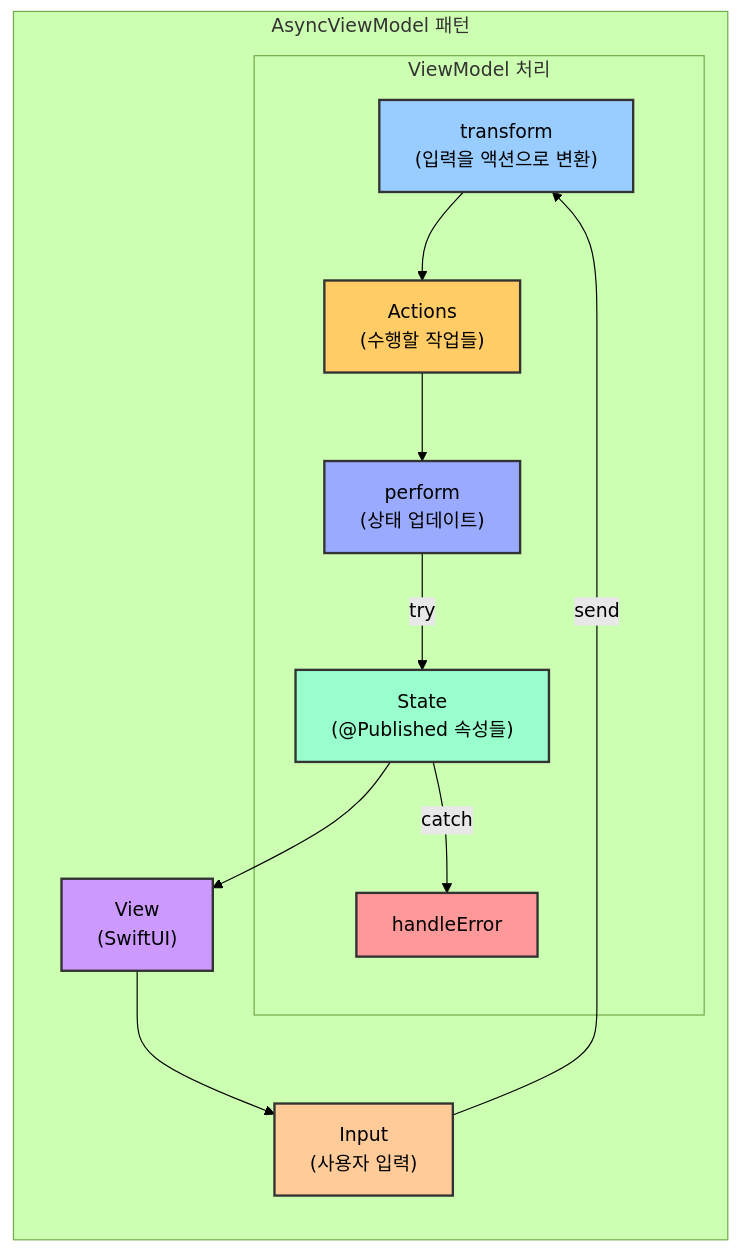
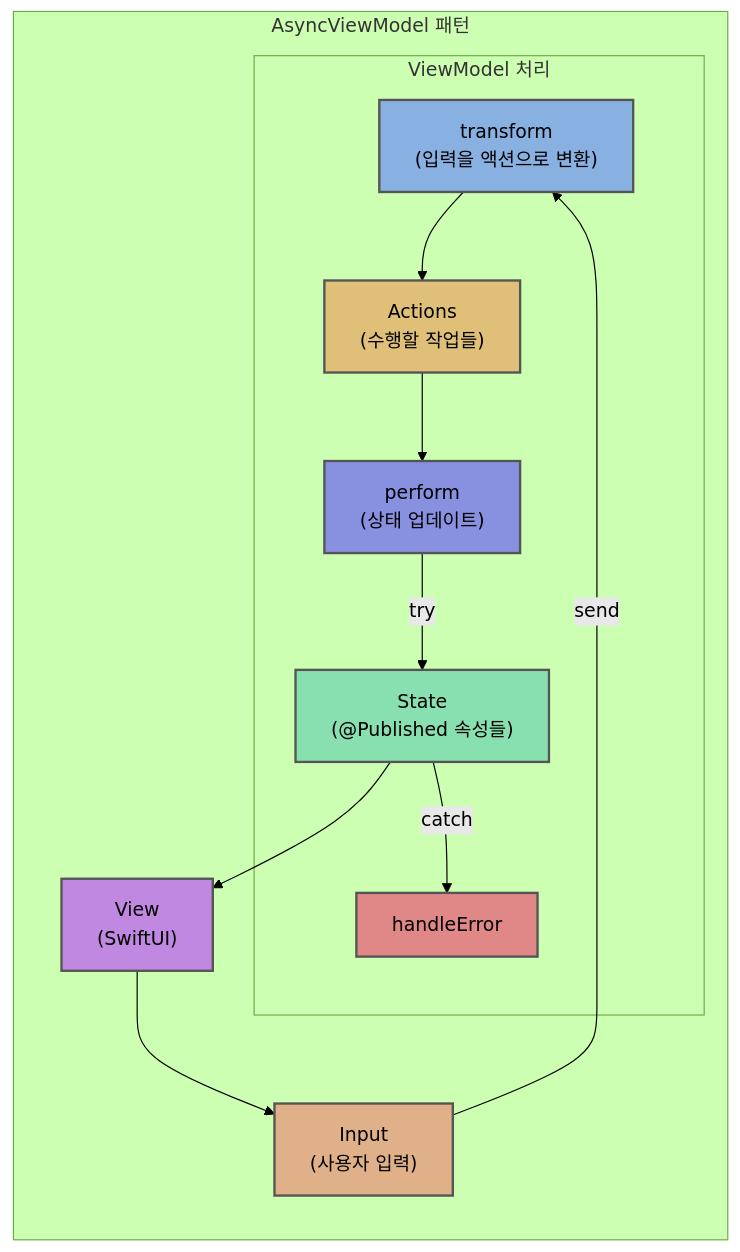
The fourth of 4 diagrams in README.md (Jimmy-Jung/TossBankClone), drawn with Mermaid (forest theme) before and after one commit. The commit also changed other lines of this file, not shown here.

````diff
--- a/README.md
+++ b/README.md
@@ -373,32 +373,32 @@
 ```mermaid
 flowchart LR
     subgraph "AsyncViewModel 패턴"
         Input["Input<br>(사용자 입력)"] --> |send| Transform
         
         subgraph "ViewModel 처리"
             Transform["transform<br>(입력을 액션으로 변환)"] --> Actions
             Actions["Actions<br>(수행할 작업들)"] --> Perform
             Perform["perform<br>(상태 업데이트)"] --> |try| State
             State --> |catch| HandleError["handleError"]
         end
         
         State["State<br>(@Published 속성들)"] --> View
         View["View<br>(SwiftUI)"] --> Input
     end
     
-    classDef input fill:#ffcc99,stroke:#333,stroke-width:2px
-    classDef transform fill:#99ccff,stroke:#333,stroke-width:2px
-    classDef actions fill:#ffcc66,stroke:#333,stroke-width:2px
-    classDef perform fill:#99aaff,stroke:#333,stroke-width:2px
-    classDef error fill:#ff9999,stroke:#333,stroke-width:2px
-    classDef state fill:#99ffcc,stroke:#333,stroke-width:2px
-    classDef view fill:#cc99ff,stroke:#333,stroke-width:2px
+    classDef input fill:#e0b088,stroke:#555,stroke-width:2px
+    classDef transform fill:#88b0e0,stroke:#555,stroke-width:2px
+    classDef actions fill:#e0c078,stroke:#555,stroke-width:2px
+    classDef perform fill:#8890e0,stroke:#555,stroke-width:2px
+    classDef error fill:#e08888,stroke:#555,stroke-width:2px
+    classDef state fill:#88e0b0,stroke:#555,stroke-width:2px
+    classDef view fill:#c088e0,stroke:#555,stroke-width:2px
     
     class Input input
     class Transform transform
     class Actions actions
     class Perform perform
     class HandleError error
     class State state
     class View view
 ```
````
